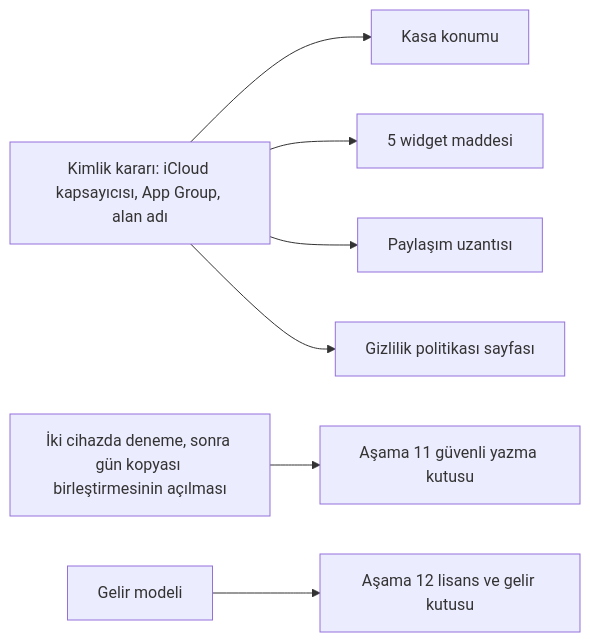
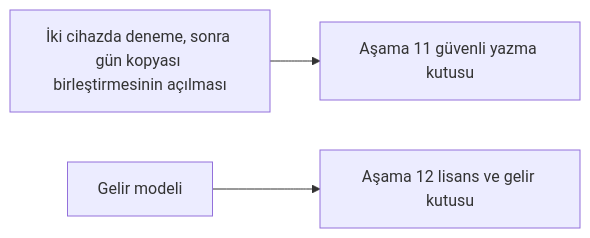
The third of 4 diagrams in docs/roadmap.md (dogancanyildiz/kenet), drawn with Mermaid before and after one commit. The commit also changed other lines of this file and 4 other files, not shown here.

````diff
--- a/docs/roadmap.md
+++ b/docs/roadmap.md
@@ -81,9 +81,5 @@
 ```mermaid
 flowchart LR
-    K[Kimlik kararı: iCloud kapsayıcısı, App Group, alan adı] --> KK[Kasa konumu]
-    K --> W[5 widget maddesi]
-    K --> PU[Paylaşım uzantısı]
-    K --> GP[Gizlilik politikası sayfası]
     GK[İki cihazda deneme, sonra gün kopyası birleştirmesinin açılması] --> A11[Aşama 11 güvenli yazma kutusu]
     GM[Gelir modeli] --> A12[Aşama 12 lisans ve gelir kutusu]
 ```
````
